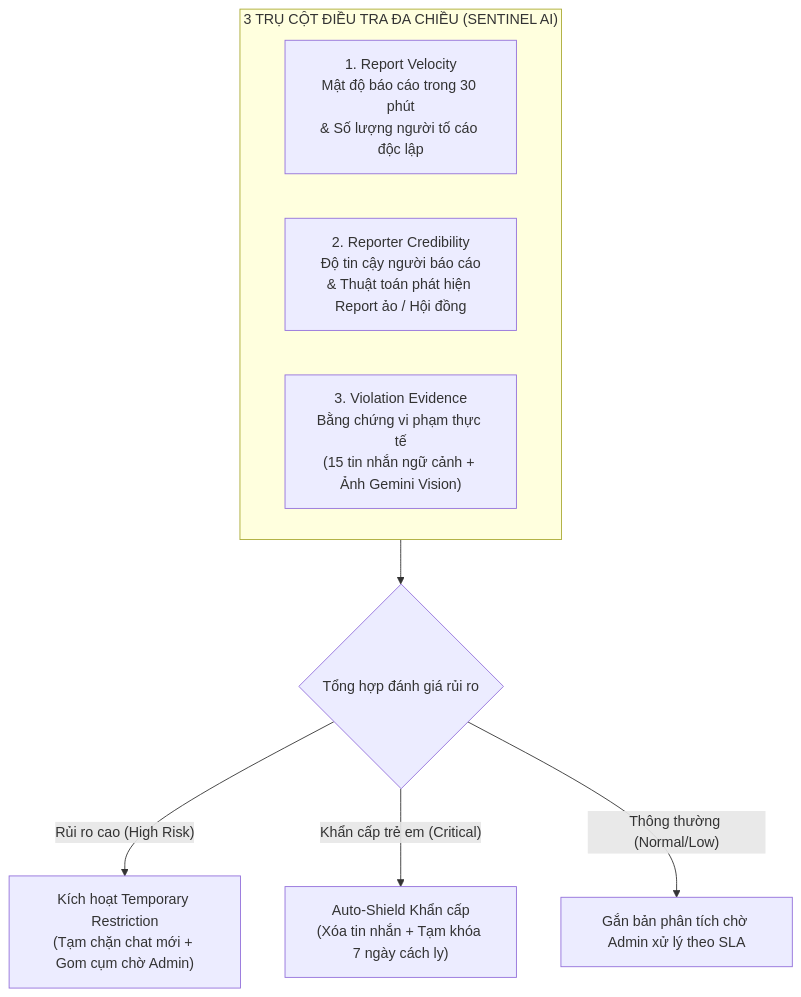
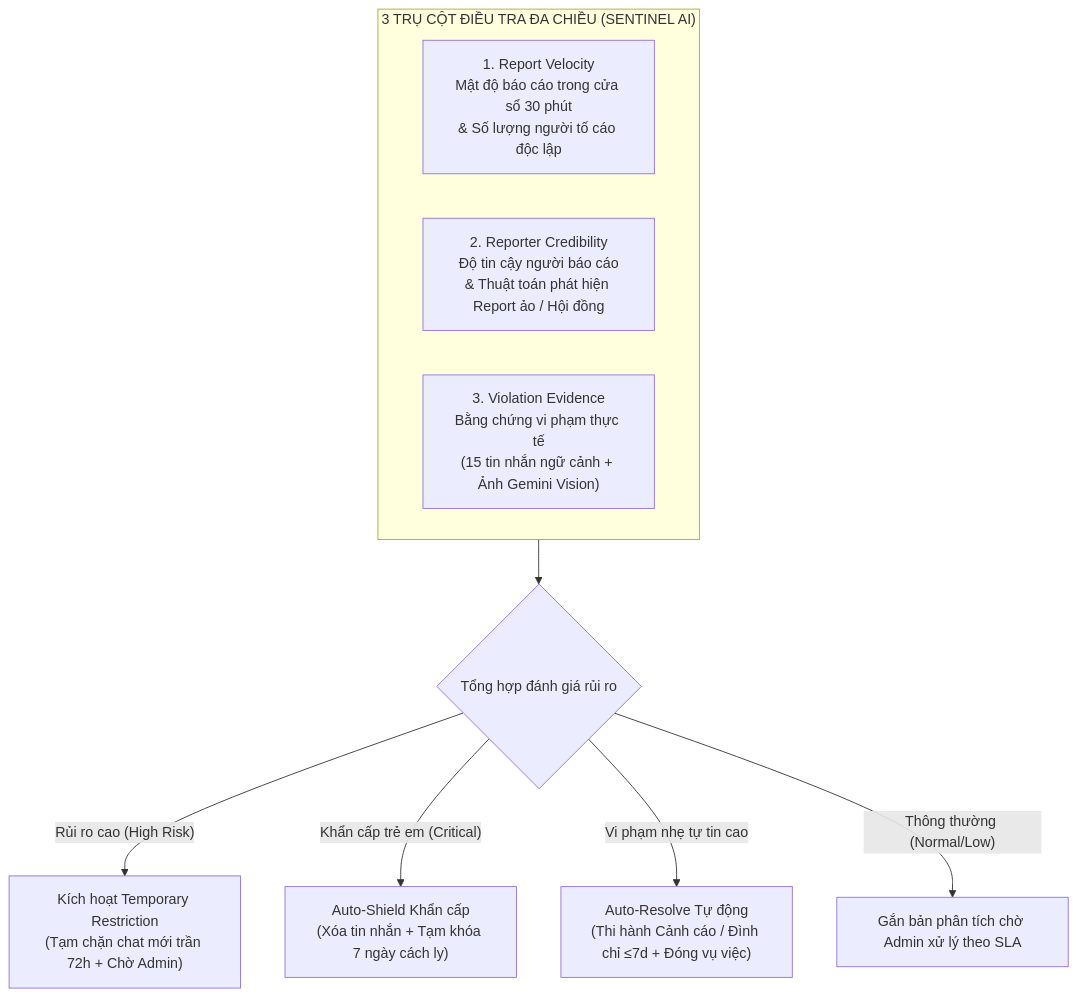
Before and after one commit to BuddyLink-Team/Front-End: the diagram in docs/BUD50_SENTINEL_AI_MODERATION.md, drawn with Mermaid. The commit also changed other lines of this file and 15 other files, not shown here.

Commit message:
feat(AI Sentinel): add admin report investigation drawer and sentinel ai moderation panels

````diff
--- a/docs/BUD50_SENTINEL_AI_MODERATION.md
+++ b/docs/BUD50_SENTINEL_AI_MODERATION.md
@@ -15,12 +15,13 @@
 ```mermaid
 flowchart TD
     subgraph ThreePillars["3 TRỤ CỘT ĐIỀU TRA ĐA CHIỀU (SENTINEL AI)"]
-        P1["1. Report Velocity<br/>Mật độ báo cáo trong 30 phút<br/>& Số lượng người tố cáo độc lập"]
+        P1["1. Report Velocity<br/>Mật độ báo cáo trong cửa sổ 30 phút<br/>& Số lượng người tố cáo độc lập"]
         P2["2. Reporter Credibility<br/>Độ tin cậy người báo cáo<br/>& Thuật toán phát hiện Report ảo / Hội đồng"]
         P3["3. Violation Evidence<br/>Bằng chứng vi phạm thực tế<br/>(15 tin nhắn ngữ cảnh + Ảnh Gemini Vision)"]
     end
     ThreePillars --> Decision{"Tổng hợp đánh giá rủi ro"}
-    Decision -- "Rủi ro cao (High Risk)" --> Temp["Kích hoạt Temporary Restriction<br/>(Tạm chặn chat mới + Gom cụm chờ Admin)"]
+    Decision -- "Rủi ro cao (High Risk)" --> Temp["Kích hoạt Temporary Restriction<br/>(Tạm chặn chat mới trần 72h + Chờ Admin)"]
     Decision -- "Khẩn cấp trẻ em (Critical)" --> Urgent["Auto-Shield Khẩn cấp<br/>(Xóa tin nhắn + Tạm khóa 7 ngày cách ly)"]
+    Decision -- "Vi phạm nhẹ tự tin cao" --> AutoResolve["Auto-Resolve Tự động<br/>(Thi hành Cảnh cáo / Đình chỉ ≤7d + Đóng vụ việc)"]
     Decision -- "Thông thường (Normal/Low)" --> Normal["Gắn bản phân tích chờ Admin xử lý theo SLA"]
 ```
````
